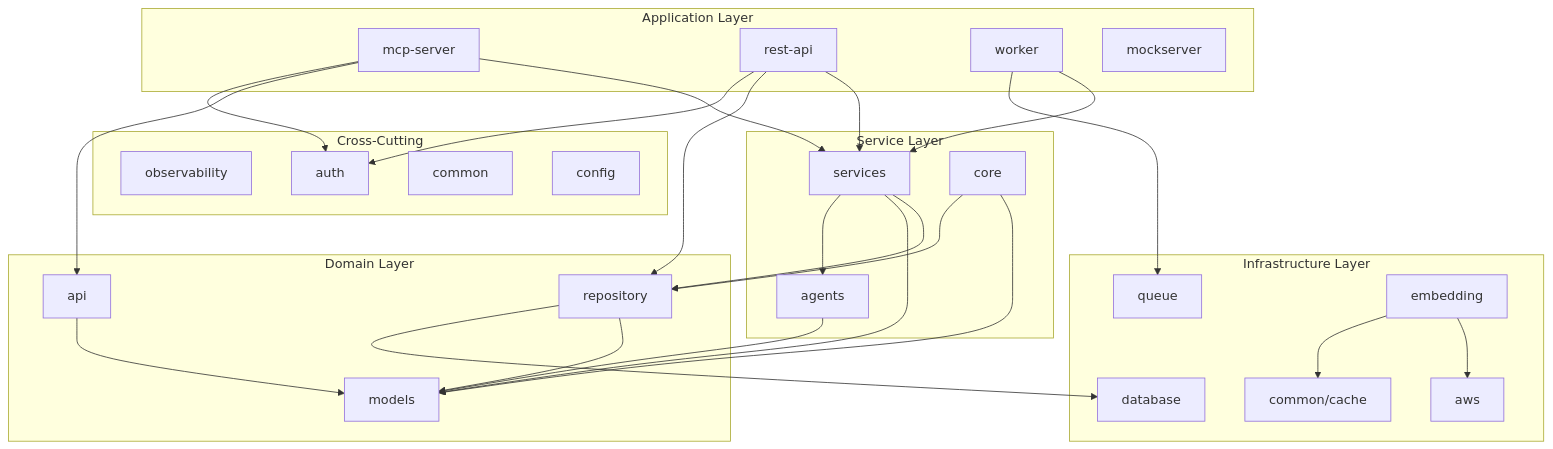
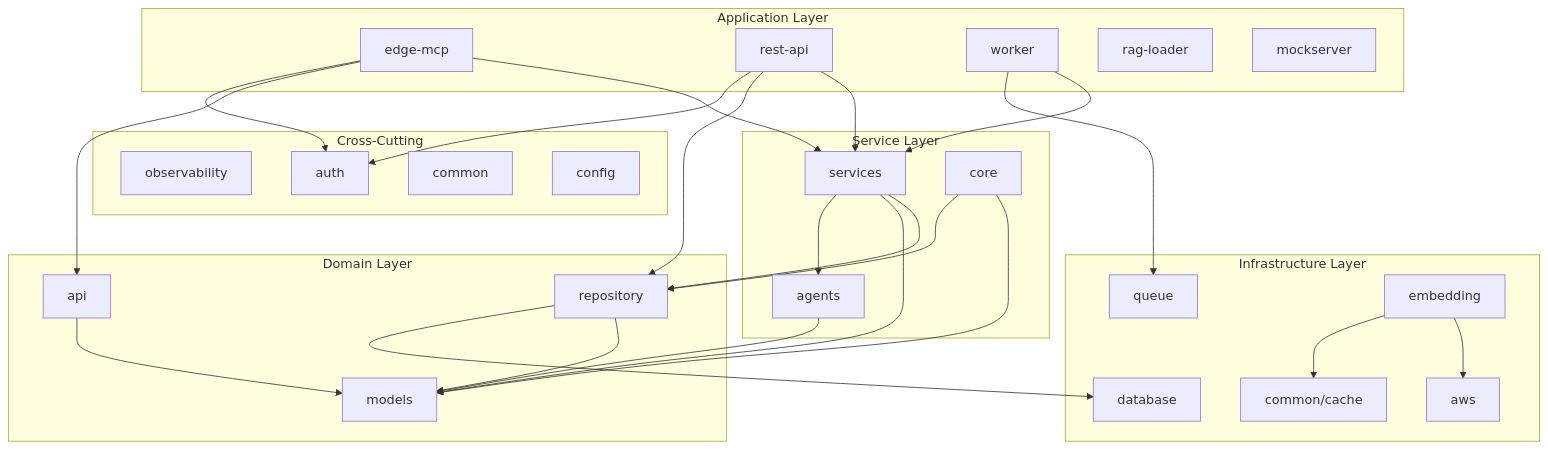
The diagram in docs/architecture/package-dependencies.md (smartramana/developer-mesh), drawn with Mermaid before and after one commit. The commit also changed other lines of this file and 191 other files, not shown here.

````diff
--- a/docs/architecture/package-dependencies.md
+++ b/docs/architecture/package-dependencies.md
@@ -22,64 +23,65 @@
 ```mermaid
 graph TD
     subgraph "Application Layer"
-        MS[mcp-server]
+        MS[edge-mcp]
         RA[rest-api]
         W[worker]
+        RL[rag-loader]
         MOCK[mockserver]
     end
     
     subgraph "Service Layer"
         SVC[services]
         AGENTS[agents]
         CORE[core]
     end
     
     subgraph "Domain Layer"
         MODELS[models]
         REPO[repository]
         API[api]
     end
     
     subgraph "Infrastructure Layer"
         AWS[aws]
         DB[database]
         CACHE[common/cache]
         QUEUE[queue]
         EMB[embedding]
     end
     
     subgraph "Cross-Cutting"
         OBS[observability]
         AUTH[auth]
         COMMON[common]
         CONFIG[config]
     end
     
     MS --> SVC
     MS --> API
     MS --> AUTH
     
     RA --> SVC
     RA --> REPO
     RA --> AUTH
     
     W --> SVC
     W --> QUEUE
     
     SVC --> REPO
     SVC --> MODELS
     SVC --> AGENTS
     
     REPO --> MODELS
     REPO --> DB
     
     EMB --> AWS
     EMB --> CACHE
     
     API --> MODELS
     
     AGENTS --> MODELS
     
     CORE --> MODELS
     CORE --> REPO
 ```
````
